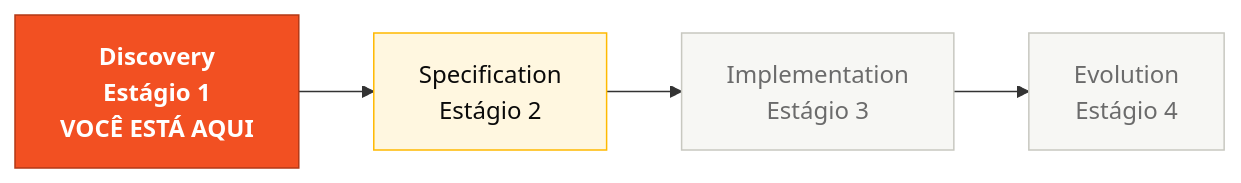
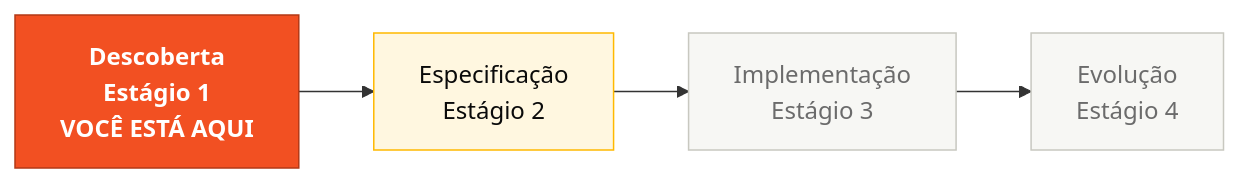
The diagram in pt-br/01-arqueologia/README.md (paulasilvatech/hackathon-datacorp-team-kit), drawn with Mermaid before and after one commit. The commit also changed other lines of this file and 172 other files, not shown here.

````diff
--- a/pt-br/01-arqueologia/README.md
+++ b/pt-br/01-arqueologia/README.md
@@ -23,13 +23,13 @@
 ```mermaid
 flowchart LR
  classDef current fill:#F25022,stroke:#B33816,color:#fff,font-weight:bold
  classDef next fill:#FFF7E0,stroke:#FFB900,color:#0A0A0A
  classDef later fill:#F7F7F4,stroke:#C8C8C0,color:#6B6B6B
 
- D[Discovery<br/>Estágio 1<br/>VOCÊ ESTÁ AQUI]:::current
- SP[Specification<br/>Estágio 2]:::next
- IM[Implementation<br/>Estágio 3]:::later
- EV[Evolution<br/>Estágio 4]:::later
+ D[Descoberta<br/>Estágio 1<br/>VOCÊ ESTÁ AQUI]:::current
+ SP[Especificação<br/>Estágio 2]:::next
+ IM[Implementação<br/>Estágio 3]:::later
+ EV[Evolução<br/>Estágio 4]:::later
 
  D --> SP --> IM --> EV
 ```
````
